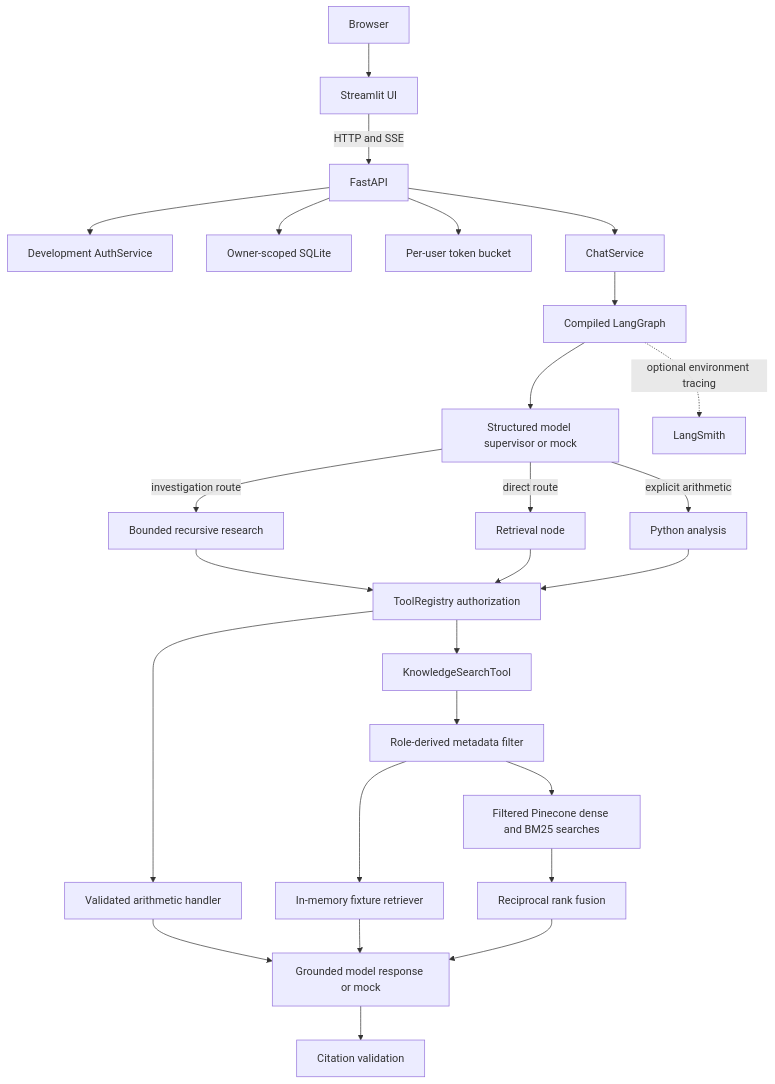
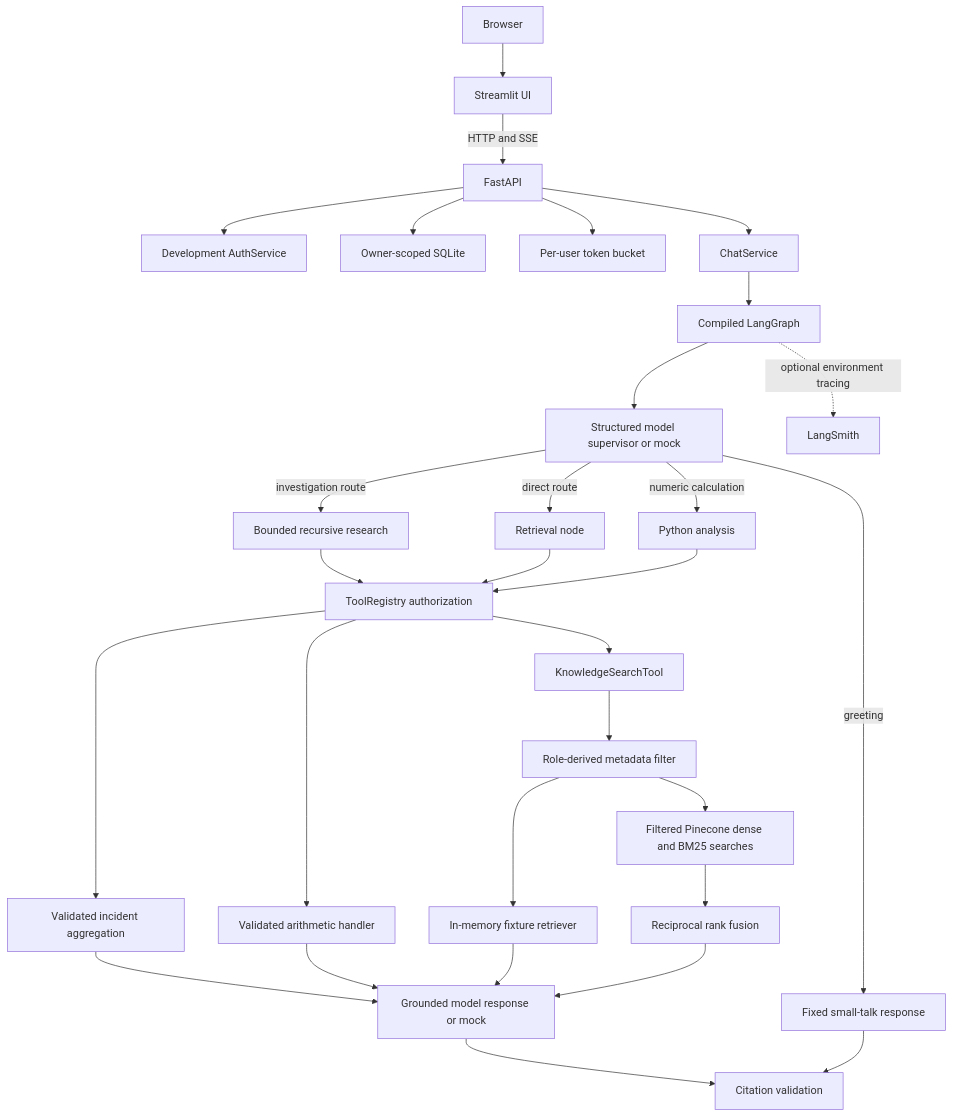
One commit to Thavarshan/enterprise-knowledge-assistant changed the first of 2 diagrams in docs/architecture.md. Above: the diagram before and after it, drawn with Mermaid. The commit also changed other lines of this file and 17 other files, not shown here.

````diff
--- a/docs/architecture.md
+++ b/docs/architecture.md
@@ -20,28 +21,32 @@
 ```mermaid
 flowchart TB
   Browser --> UI[Streamlit UI]
   UI -->|HTTP and SSE| API[FastAPI]
   API --> Auth[Development AuthService]
   API --> Owner[Owner-scoped SQLite]
   API --> Limit[Per-user token bucket]
   API --> Chat[ChatService]
   Chat --> Graph[Compiled LangGraph]
   Graph --> Supervisor[Structured model supervisor or mock]
+  Supervisor -->|greeting| SmallTalk[Fixed small-talk response]
   Supervisor -->|direct route| Retrieval[Retrieval node]
   Supervisor -->|investigation route| Research[Bounded recursive research]
-  Supervisor -->|explicit arithmetic| Analysis[Python analysis]
+  Supervisor -->|numeric calculation| Analysis[Python analysis]
   Research --> Registry
   Retrieval --> Registry[ToolRegistry authorization]
   Registry --> Knowledge[KnowledgeSearchTool]
+  Registry --> IncidentAnalysis[Validated incident aggregation]
   Registry --> PythonAnalysis[Validated arithmetic handler]
   Analysis --> Registry
-  PythonAnalysis --> Response[Validated analysis result]
+  IncidentAnalysis --> Response[Grounded response]
+  PythonAnalysis --> Response
   Knowledge --> Filter[Role-derived metadata filter]
   Filter --> Fixture[In-memory fixture retriever]
   Filter --> Pinecone[Filtered Pinecone dense and BM25 searches]
   Pinecone --> RRF[Reciprocal rank fusion]
   Fixture --> Response[Grounded model response or mock]
   RRF --> Response
   Response --> Validate[Citation validation]
+  SmallTalk --> Validate
   Graph -. optional environment tracing .-> LangSmith[LangSmith]
 ```
````
